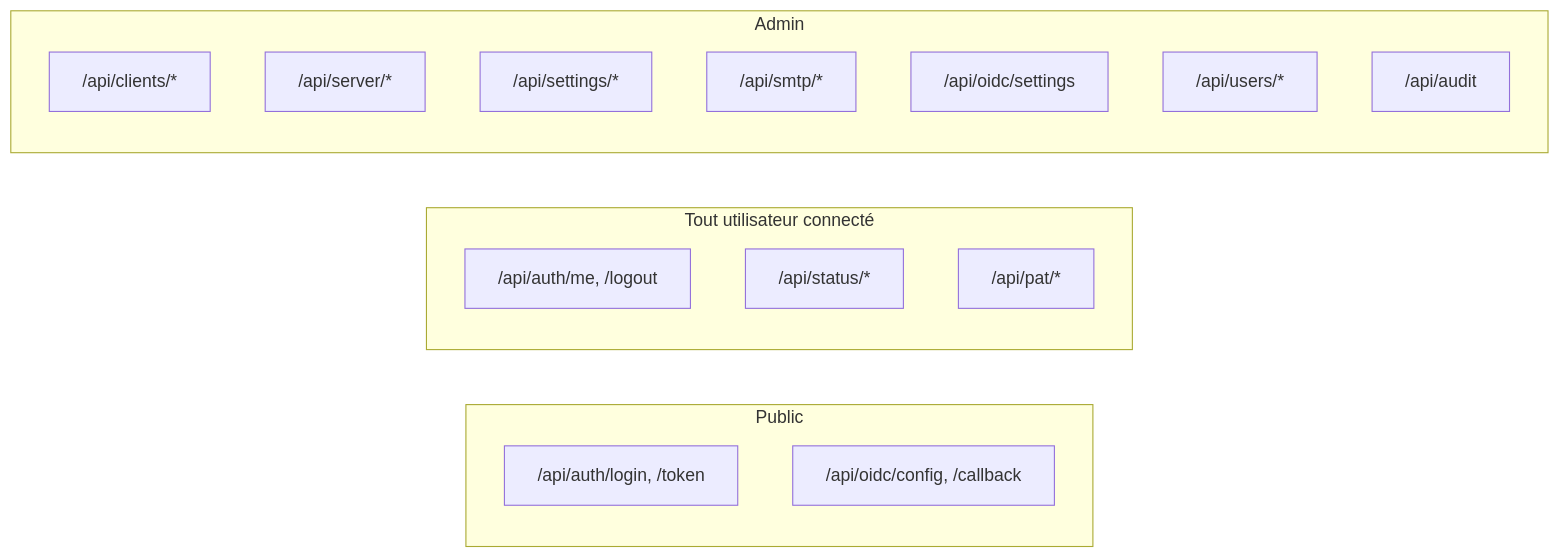
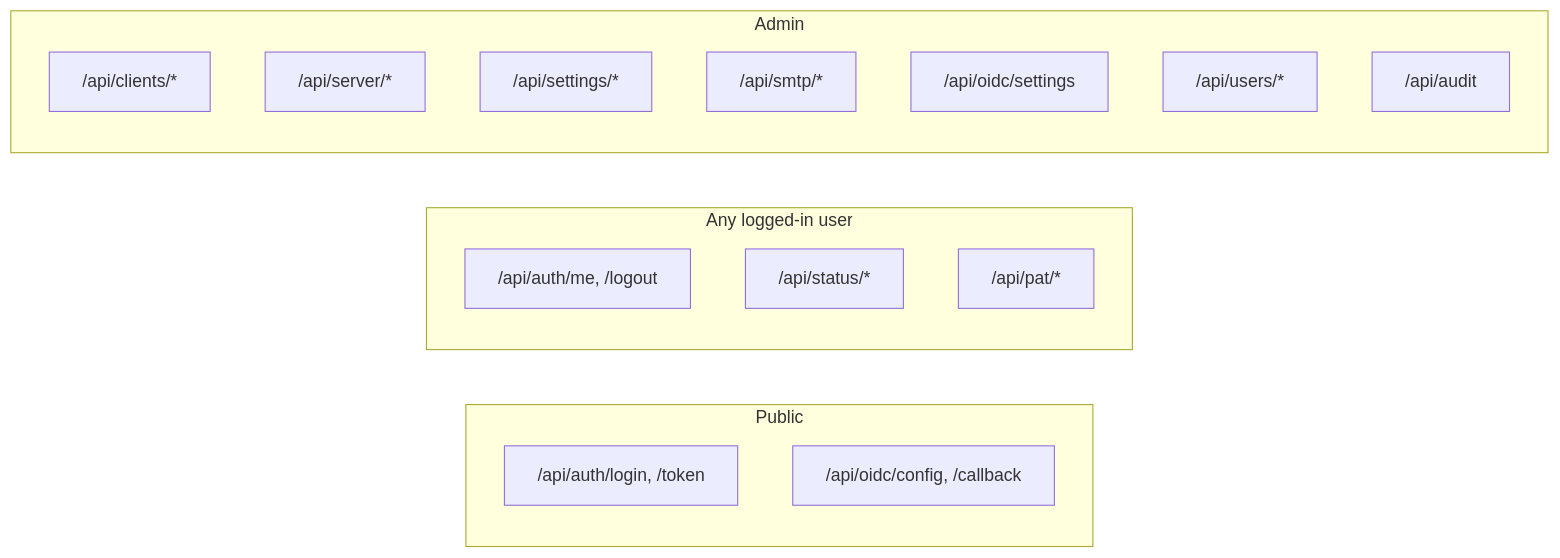
The diagram in docs/fonctions/routers.md (cyr-ius/wireguard-ui), drawn with Mermaid before and after one commit. The commit also changed other lines of this file and 28 other files, not shown here.

````diff
--- a/docs/fonctions/routers.md
+++ b/docs/fonctions/routers.md
@@ -120,21 +120,21 @@
 ```mermaid
 flowchart LR
     subgraph Public
         A1["/api/auth/login, /token"]
         A2["/api/oidc/config, /callback"]
     end
-    subgraph Authentifie["Tout utilisateur connecté"]
+    subgraph Authentifie["Any logged-in user"]
         B1["/api/auth/me, /logout"]
         B2["/api/status/*"]
         B3["/api/pat/*"]
     end
     subgraph Admin
         C1["/api/clients/*"]
         C2["/api/server/*"]
         C3["/api/settings/*"]
         C4["/api/smtp/*"]
         C5["/api/oidc/settings"]
         C6["/api/users/*"]
         C7["/api/audit"]
     end
 ```
````
